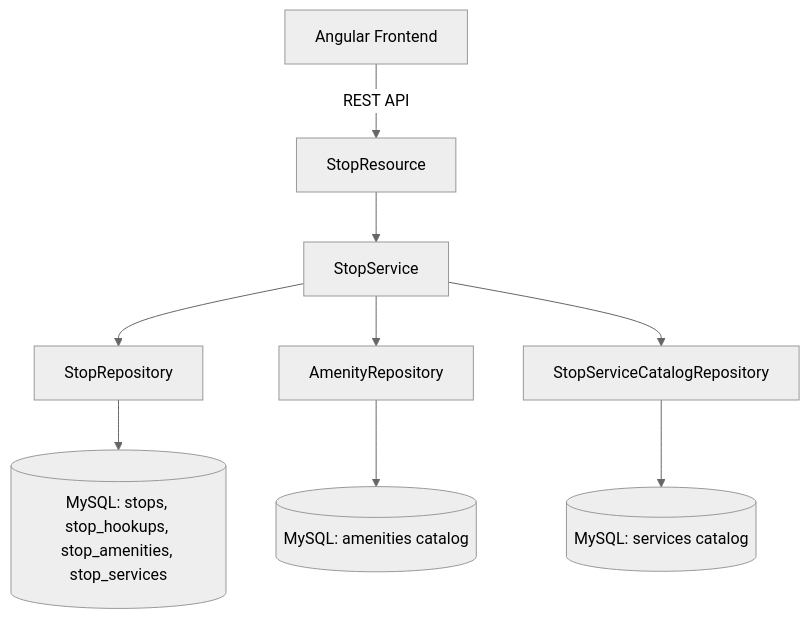
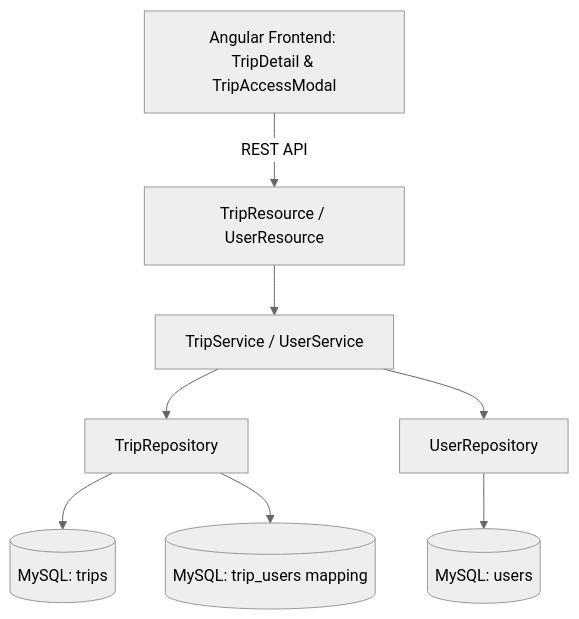
One commit to TheChrisPratt/TripCheck changed the diagram in .junie/plans/add-stop-extended-fields.md. Above: the diagram before and after it, drawn with Mermaid (neutral theme). The commit also changed other lines of this file and 24 other files, not shown here.

Commit message:
Add trip collaboration management with modal UI

````diff
--- a/.junie/plans/add-stop-extended-fields.md
+++ b/.junie/plans/add-stop-extended-fields.md
@@ -84,11 +86,10 @@
 ```mermaid
 graph TD
-  Client[Angular Frontend] -->|REST API| StopRes[StopResource]
-  StopRes --> StopSvc[StopService]
-  StopSvc --> StopRepo[StopRepository]
-  StopSvc --> AmenityRepo[AmenityRepository]
-  StopSvc --> ServiceRepo[StopServiceCatalogRepository]
-  StopRepo --> DB[(MySQL: stops, stop_hookups, stop_amenities, stop_services)]
-  AmenityRepo --> DB_A[(MySQL: amenities catalog)]
-  ServiceRepo --> DB_S[(MySQL: services catalog)]
+  Client[Angular Frontend: TripDetail & TripAccessModal] -->|REST API| TripRes[TripResource / UserResource]
+  TripRes --> TripSvc[TripService / UserService]
+  TripSvc --> TripRepo[TripRepository]
+  TripSvc --> UserRepo[UserRepository]
+  TripRepo --> DB_T[(MySQL: trips)]
+  TripRepo --> DB_M[(MySQL: trip_users mapping)]
+  UserRepo --> DB_U[(MySQL: users)]
 ```
````
